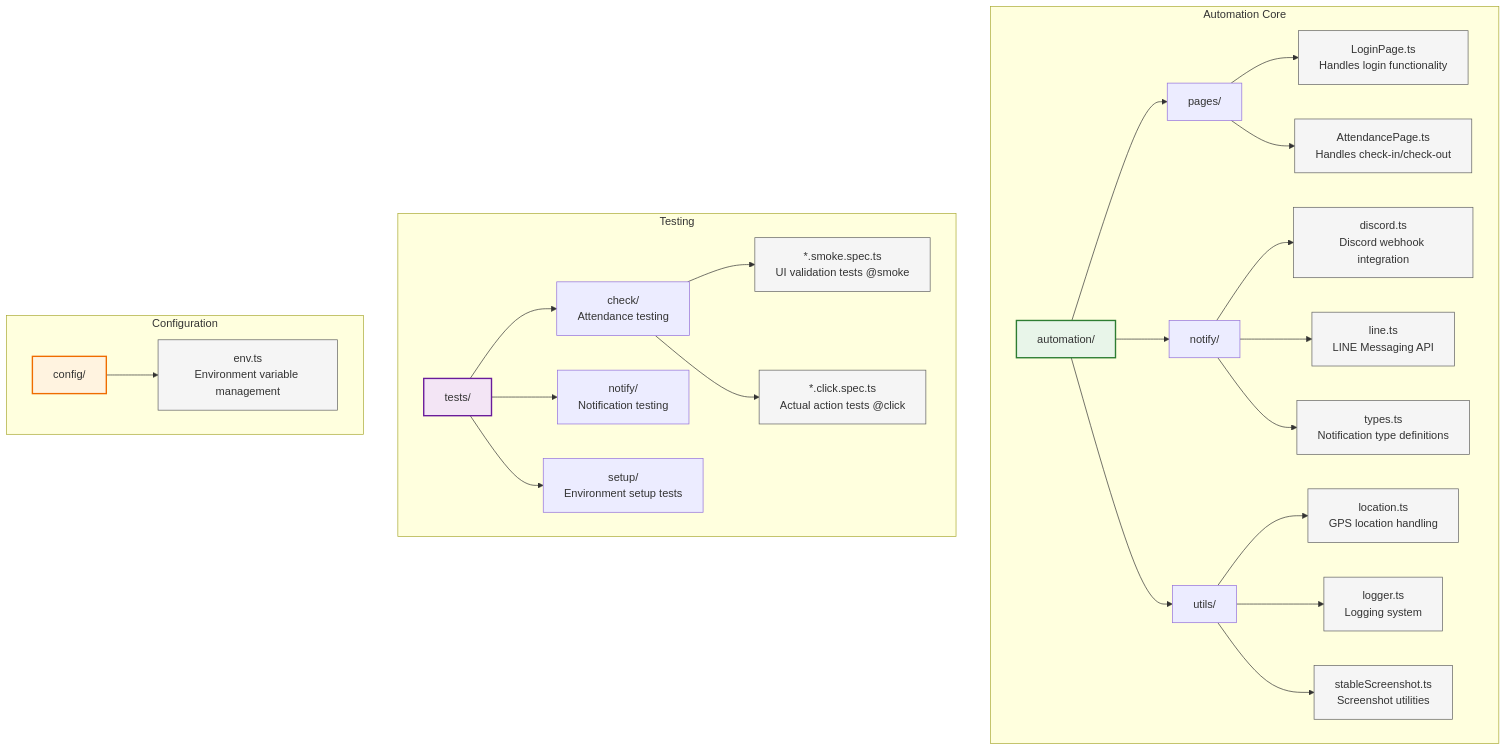
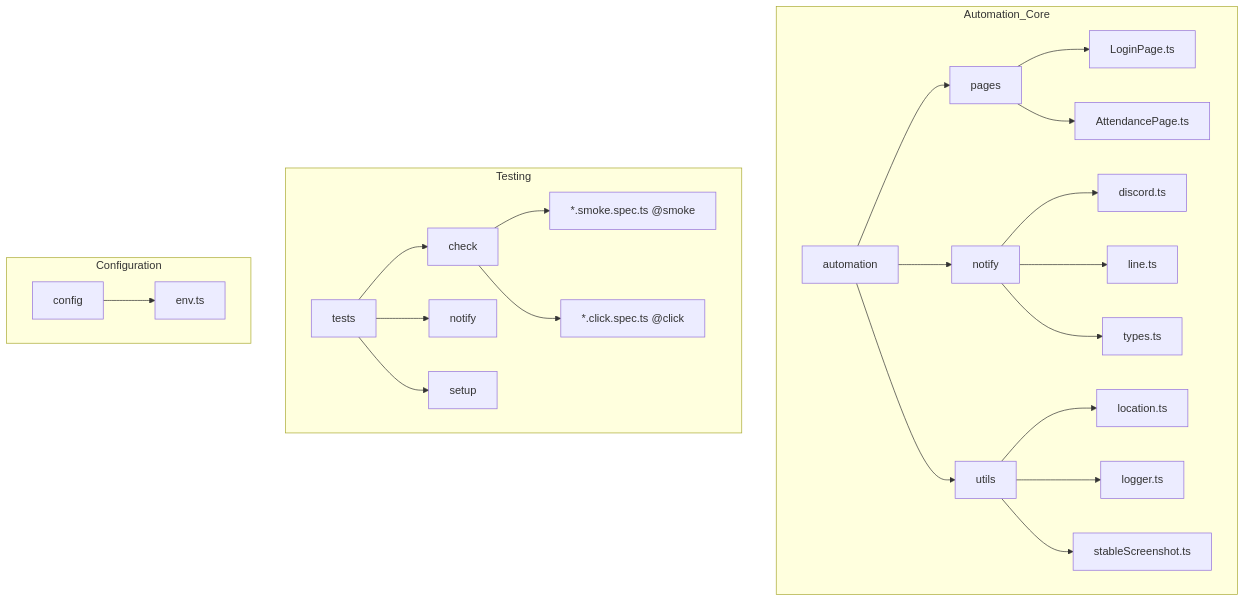
The diagram in CLAUDE.md (liu-chun-wu/daily-tick-runner), drawn with Mermaid before and after one commit. The commit also changed 3 other files, not shown here.

Commit message:
update mermaid

````diff
--- a/CLAUDE.md
+++ b/CLAUDE.md
@@ -82,75 +82,58 @@
 ```mermaid
 flowchart TB
-    subgraph "Automation Core"
-        AUTO[automation/]
-        PAGES[pages/]
-        NOTIFY[notify/]
-        UTILS[utils/]
-        
-        LP[LoginPage.ts<br/>Handles login functionality]
-        AP[AttendancePage.ts<br/>Handles check-in/check-out]
-        
-        DIS[discord.ts<br/>Discord webhook integration]
-        LINE[line.ts<br/>LINE Messaging API]
-        TYPES[types.ts<br/>Notification type definitions]
-        
-        LOC[location.ts<br/>GPS location handling]
-        LOG[logger.ts<br/>Logging system]
-        SS[stableScreenshot.ts<br/>Screenshot utilities]
-    end
-    
-    subgraph "Testing"
-        TESTS[tests/]
-        CHECK[check/<br/>Attendance testing]
-        NOTTEST[notify/<br/>Notification testing]
-        SETUP[setup/<br/>Environment setup tests]
-        
-        SMOKE[*.smoke.spec.ts<br/>UI validation tests @smoke]
-        CLICK[*.click.spec.ts<br/>Actual action tests @click]
-    end
-    
-    subgraph "Configuration"
-        CONFIG[config/]
-        ENV[env.ts<br/>Environment variable management]
-    end
-    
-    AUTO --> PAGES
-    AUTO --> NOTIFY
-    AUTO --> UTILS
-    
-    PAGES --> LP
-    PAGES --> AP
-    
-    NOTIFY --> DIS
-    NOTIFY --> LINE
-    NOTIFY --> TYPES
-    
-    UTILS --> LOC
-    UTILS --> LOG
-    UTILS --> SS
-    
-    TESTS --> CHECK
-    TESTS --> NOTTEST
-    TESTS --> SETUP
-    
-    CHECK --> SMOKE
-    CHECK --> CLICK
-    
-    CONFIG --> ENV
-    
-    style AUTO fill:#e8f5e9,stroke:#2e7d32,stroke-width:2px
-    style TESTS fill:#f3e5f5,stroke:#6a1b9a,stroke-width:2px
-    style CONFIG fill:#fff3e0,stroke:#ef6c00,stroke-width:2px
-    
-    style LP fill:#f5f5f5,stroke:#616161,stroke-width:1px
-    style AP fill:#f5f5f5,stroke:#616161,stroke-width:1px
-    style DIS fill:#f5f5f5,stroke:#616161,stroke-width:1px
-    style LINE fill:#f5f5f5,stroke:#616161,stroke-width:1px
-    style TYPES fill:#f5f5f5,stroke:#616161,stroke-width:1px
-    style LOC fill:#f5f5f5,stroke:#616161,stroke-width:1px
-    style LOG fill:#f5f5f5,stroke:#616161,stroke-width:1px
-    style SS fill:#f5f5f5,stroke:#616161,stroke-width:1px
-    style SMOKE fill:#f5f5f5,stroke:#616161,stroke-width:1px
-    style CLICK fill:#f5f5f5,stroke:#616161,stroke-width:1px
-    style ENV fill:#f5f5f5,stroke:#616161,stroke-width:1px
+  subgraph Automation_Core
+    AUTO[automation]
+    PAGES[pages]
+    NOTIFY[notify]
+    UTILS[utils]
+
+    LP[LoginPage.ts]
+    AP[AttendancePage.ts]
+
+    DIS[discord.ts]
+    LINE[line.ts]
+    TYPES[types.ts]
+
+    LOC[location.ts]
+    LOG[logger.ts]
+    SS[stableScreenshot.ts]
+  end
+
+  subgraph Testing
+    TESTS[tests]
+    CHECK[check]
+    NOTTEST[notify]
+    SETUP[setup]
+    SMOKE[*.smoke.spec.ts @smoke]
+    CLICK[*.click.spec.ts @click]
+  end
+
+  subgraph Configuration
+    CONFIG[config]
+    ENV[env.ts]
+  end
+
+  AUTO --> PAGES
+  AUTO --> NOTIFY
+  AUTO --> UTILS
+
+  PAGES --> LP
+  PAGES --> AP
+
+  NOTIFY --> DIS
+  NOTIFY --> LINE
+  NOTIFY --> TYPES
+
+  UTILS --> LOC
+  UTILS --> LOG
+  UTILS --> SS
+
+  TESTS --> CHECK
+  TESTS --> NOTTEST
+  TESTS --> SETUP
+  CHECK --> SMOKE
+  CHECK --> CLICK
+
+  CONFIG --> ENV
+
 ```
````
